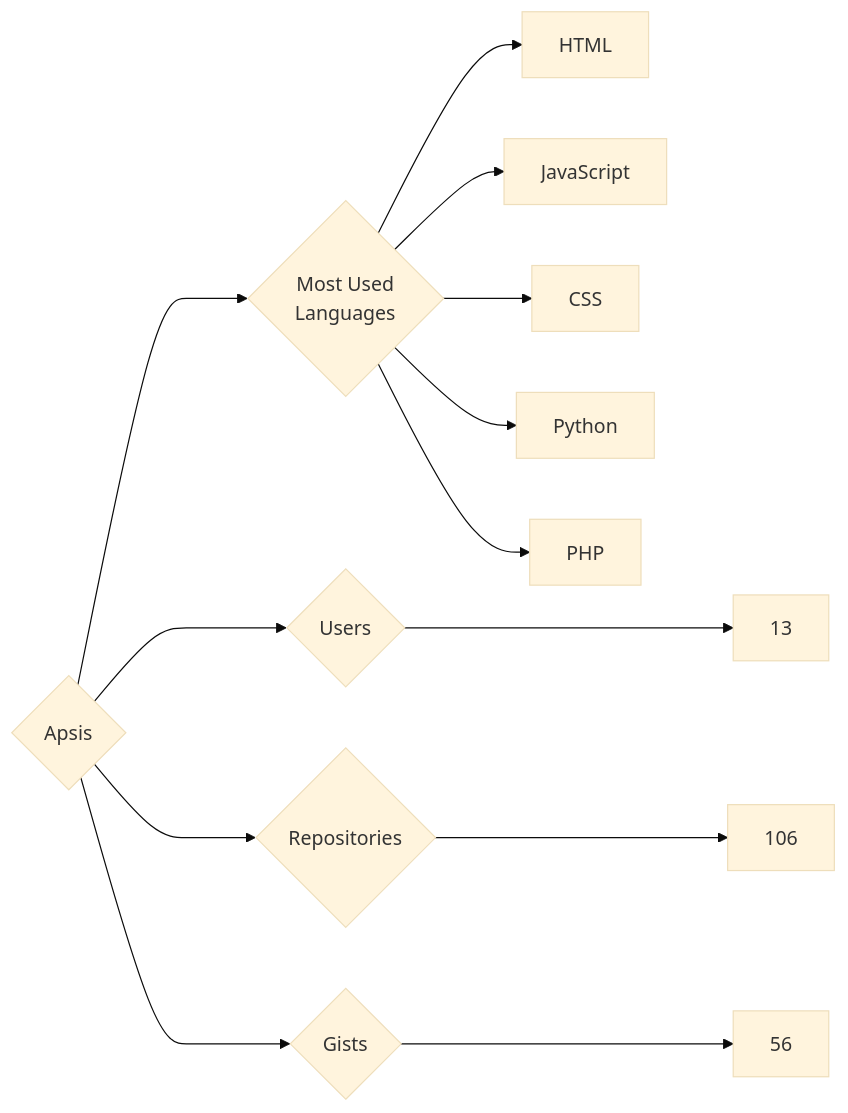
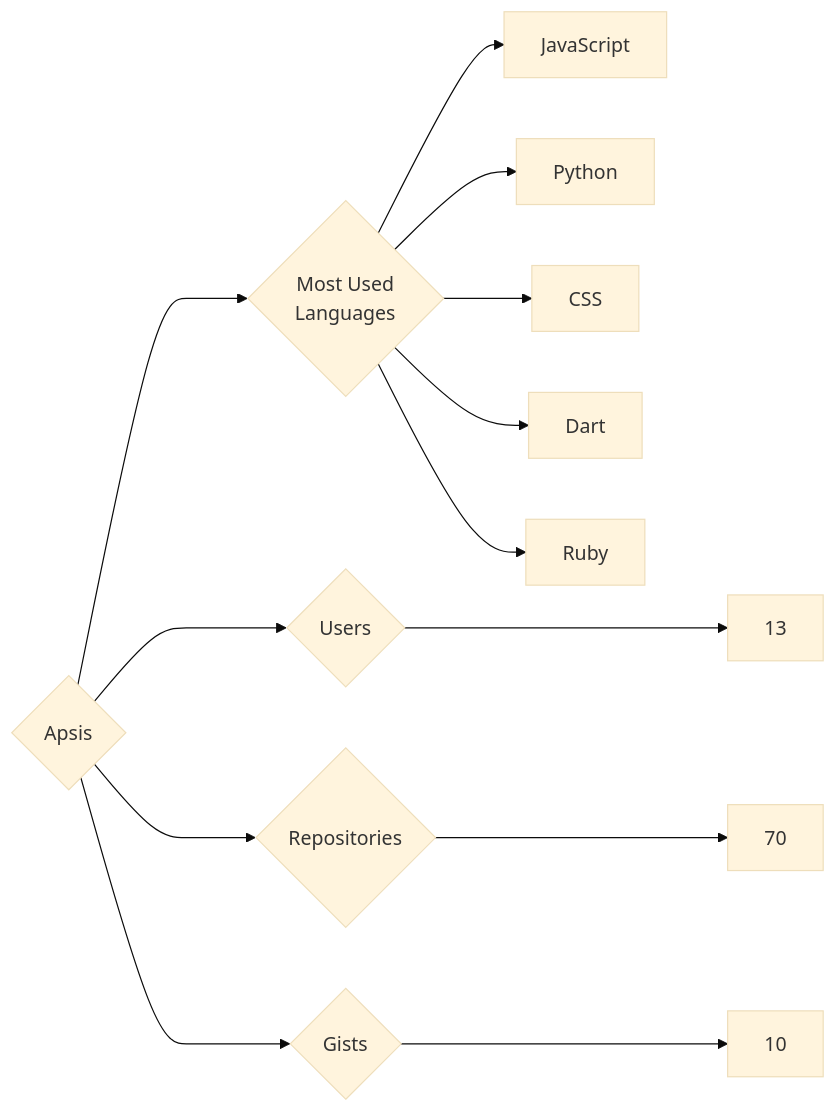
One commit to trickest/insiders changed the diagram in targets/Apsis/README.md. Above: the diagram before and after it, drawn with Mermaid (base theme). The commit also changed 934 other files, not shown here.

````diff
--- a/targets/Apsis/README.md
+++ b/targets/Apsis/README.md
@@ -3,13 +3,13 @@
 ```mermaid
 graph LR
 COMPANY_NAME{Apsis}
 COMPANY_NAME ---> U{Users} ---> UN[13]
-COMPANY_NAME ---> R{Repositories} ---> RN[106]
-COMPANY_NAME ---> G{Gists} ---> GN[56]
+COMPANY_NAME ---> R{Repositories} ---> RN[70]
+COMPANY_NAME ---> G{Gists} ---> GN[10]
 COMPANY_NAME ---> ML{Most Used<br>Languages}
-ML --> HTML[HTML]
 ML --> JavaScript[JavaScript]
+ML --> Python[Python]
 ML --> CSS[CSS]
-ML --> Python[Python]
-ML --> PHP[PHP]
+ML --> Dart[Dart]
+ML --> Ruby[Ruby]
 ```
````
